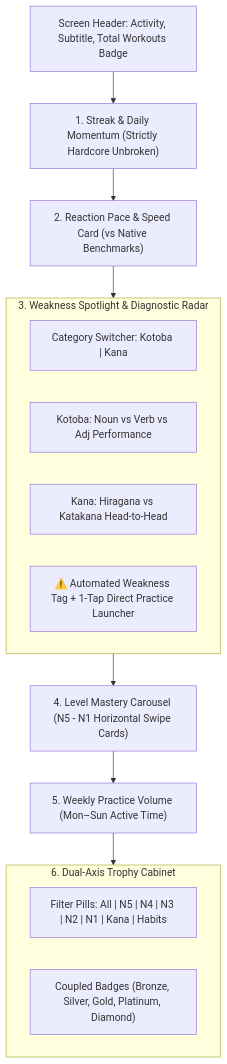
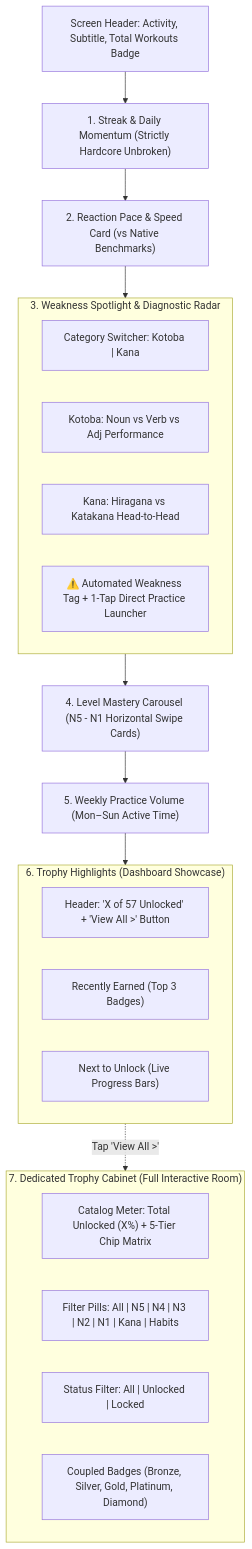
One commit to milyasbpa/ganbatte changed the fourth of 5 diagrams in docs/activity_analytics_and_medals_spec.md. Above: the diagram before and after it, drawn with Mermaid. The commit also changed other lines of this file and 5 other files, not shown here.

Commit message:
feat(trophy): implement dashboard showcase highlights and dedicated trophy room

````diff
--- a/docs/activity_analytics_and_medals_spec.md
+++ b/docs/activity_analytics_and_medals_spec.md
@@ -98,29 +98,39 @@
 ```mermaid
 flowchart TD
     Header["Screen Header: Activity, Subtitle, Total Workouts Badge"]
     StreakHero["1. Streak & Daily Momentum (Strictly Hardcore Unbroken)"]
     PaceCard["2. Reaction Pace & Speed Card (vs Native Benchmarks)"]
     DiagnosticCard["3. Weakness Spotlight & Diagnostic Radar"]
     LevelCarousel["4. Level Mastery Carousel (N5 - N1 Horizontal Swipe Cards)"]
     VolumeCard["5. Weekly Practice Volume (Mon–Sun Active Time)"]
-    TrophyCabinet["6. Dual-Axis Trophy Cabinet (Filterable Pills)"]
+    TrophyHighlights["6. Trophy Highlights (Dashboard Showcase)"]
+    TrophyCabinet["7. Dedicated Trophy Cabinet (Full Interactive Room)"]
 
     Header --> StreakHero
     StreakHero --> PaceCard
     PaceCard --> DiagnosticCard
     DiagnosticCard --> LevelCarousel
     LevelCarousel --> VolumeCard
-    VolumeCard --> TrophyCabinet
+    VolumeCard --> TrophyHighlights
+    TrophyHighlights -.->|"Tap 'View All >'"| TrophyCabinet
 
     subgraph DiagnosticCard["3. Weakness Spotlight & Diagnostic Radar"]
         CategoryTabs["Category Switcher: Kotoba | Kana"]
         KotobaStats["Kotoba: Noun vs Verb vs Adj Performance"]
         KanaStats["Kana: Hiragana vs Katakana Head-to-Head"]
         FocusAction["⚠️ Automated Weakness Tag + 1-Tap Direct Practice Launcher"]
     end
 
-    subgraph TrophyCabinet["6. Dual-Axis Trophy Cabinet"]
+    subgraph TrophyHighlights["6. Trophy Highlights (Dashboard Showcase)"]
+        HighlightHeader["Header: 'X of 57 Unlocked' + 'View All >' Button"]
+        RecentUnlocks["Recently Earned (Top 3 Badges)"]
+        NextToUnlock["Next to Unlock (Live Progress Bars)"]
+    end
+
+    subgraph TrophyCabinet["7. Dedicated Trophy Cabinet (Full Interactive Room)"]
+        CabinetHero["Catalog Meter: Total Unlocked (X%) + 5-Tier Chip Matrix"]
         CabinetFilters["Filter Pills: All | N5 | N4 | N3 | N2 | N1 | Kana | Habits"]
+        StatusToggle["Status Filter: All | Unlocked | Locked"]
         MedalGrid["Coupled Badges (Bronze, Silver, Gold, Platinum, Diamond)"]
     end
 ```
````
